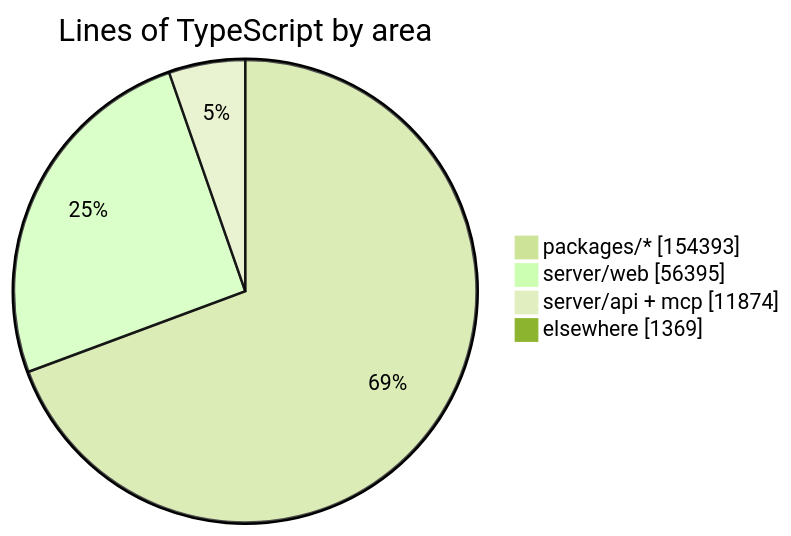
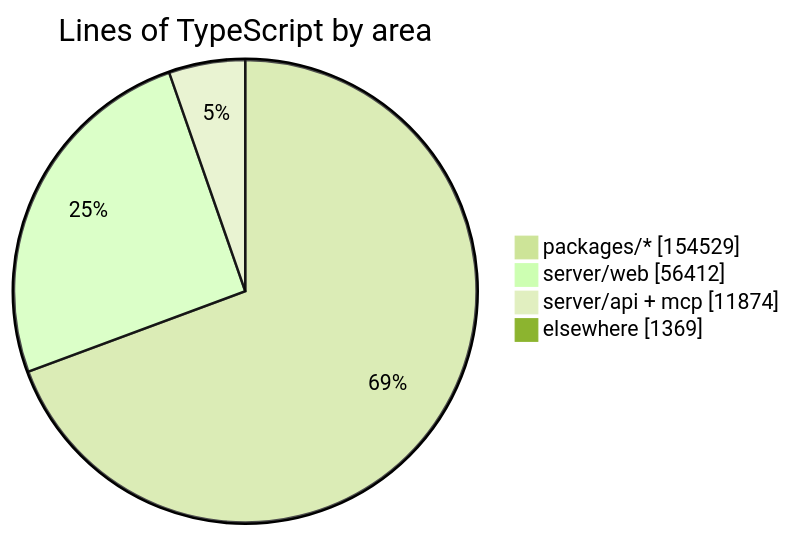
One commit to crossworks-engineering/mantle changed the diagram in README.md. Above: the diagram before and after it, drawn with Mermaid (forest theme). The commit also changed other lines of this file and 2 other files, not shown here.

````diff
--- a/README.md
+++ b/README.md
@@ -279,7 +279,7 @@
 ```mermaid
 pie showData title Lines of TypeScript by area
-    "packages/*" : 154393
-    "server/web" : 56395
+    "packages/*" : 154529
+    "server/web" : 56412
     "server/api + mcp" : 11874
     "elsewhere" : 1369
 ```
````
